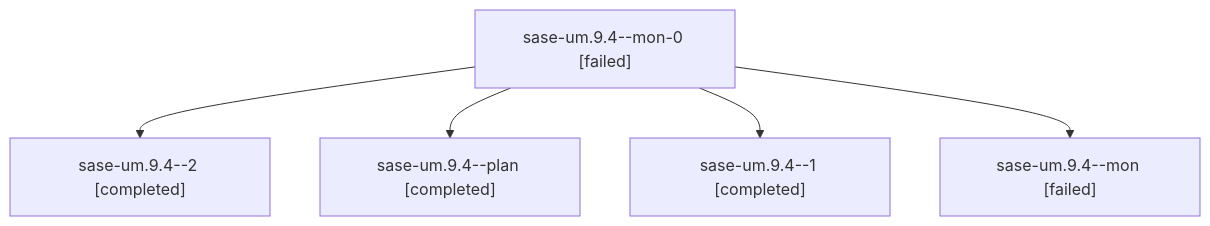
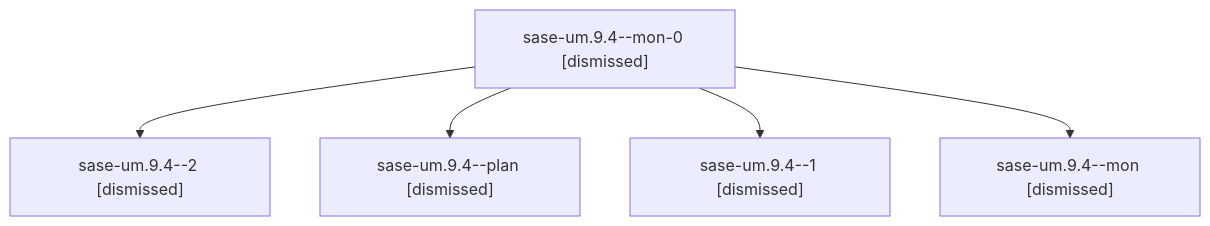
Before and after one commit to sase-org/sase--agents: the diagram in families/bbugyi200.athena.sase-um.9.4.md, drawn with Mermaid. The commit also changed other lines of this file and 336 other files, not shown here.

````diff
--- a/families/bbugyi200.athena.sase-um.9.4.md
+++ b/families/bbugyi200.athena.sase-um.9.4.md
@@ -9,12 +9,12 @@
 ```mermaid
 flowchart TD
-  n0["sase-um.9.4--mon-0 [failed]"]
-  n1["sase-um.9.4--2 [completed]"]
+  n0["sase-um.9.4--mon-0 [dismissed]"]
+  n1["sase-um.9.4--2 [dismissed]"]
   n0 --> n1
-  n2["sase-um.9.4--plan [completed]"]
+  n2["sase-um.9.4--plan [dismissed]"]
   n0 --> n2
-  n3["sase-um.9.4--1 [completed]"]
+  n3["sase-um.9.4--1 [dismissed]"]
   n0 --> n3
-  n4["sase-um.9.4--mon [failed]"]
+  n4["sase-um.9.4--mon [dismissed]"]
   n0 --> n4
 ```
````
